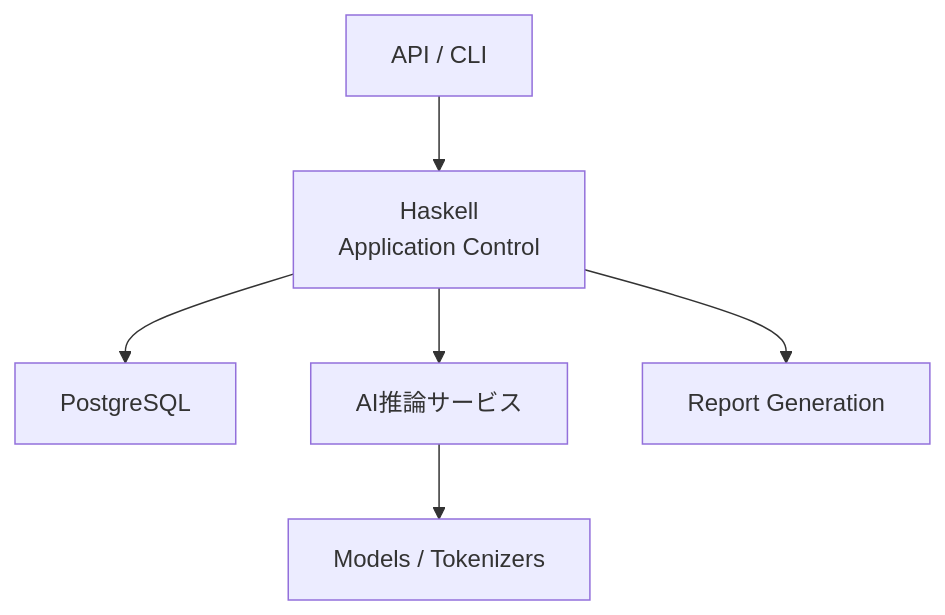
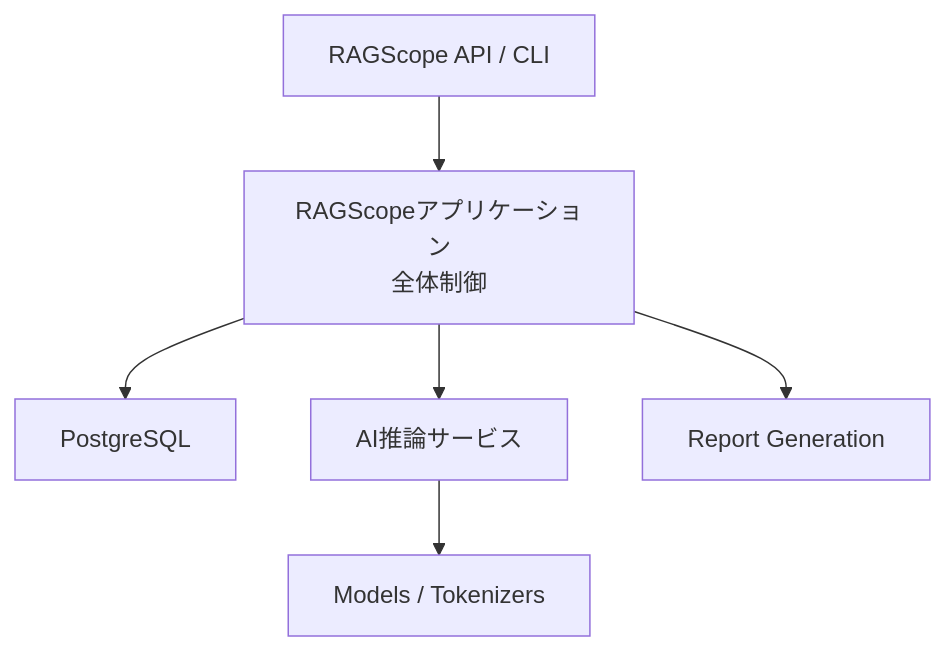
The second of 6 diagrams in RAGScope/docs/design/システムアーキテクチャ.md (takashit16833/RAGScope), drawn with Mermaid before and after one commit. The commit also changed other lines of this file and 22 other files, not shown here.

````diff
--- a/RAGScope/docs/design/システムアーキテクチャ.md
+++ b/RAGScope/docs/design/システムアーキテクチャ.md
@@ -150,8 +151,8 @@
 ```mermaid
 flowchart TD
-    Interface["API / CLI"] --> Application["Haskell<br>Application Control"]
+    Interface["RAGScope API / CLI"] --> Application["RAGScopeアプリケーション<br>全体制御"]
     Application --> Persistence["PostgreSQL"]
     Application --> AI["AI推論サービス"]
     AI --> Models["Models / Tokenizers"]
     Application --> Reports["Report Generation"]
 ```
````
